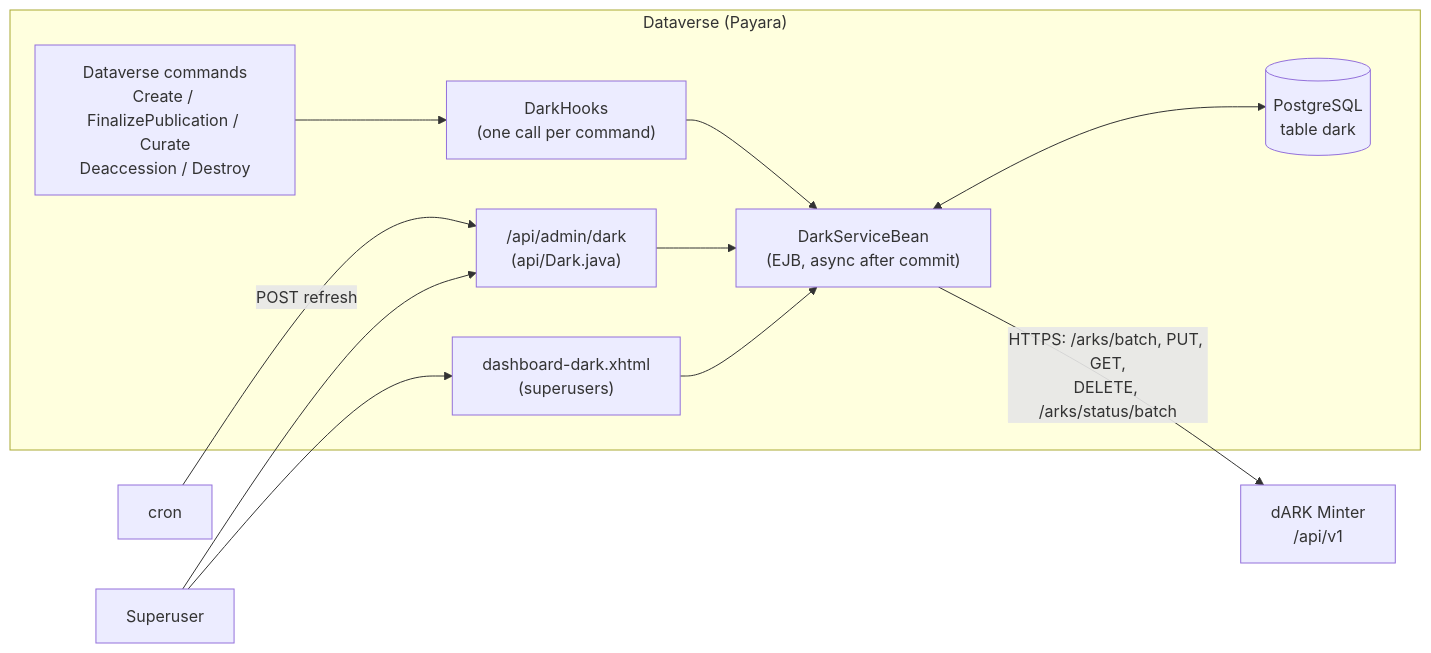
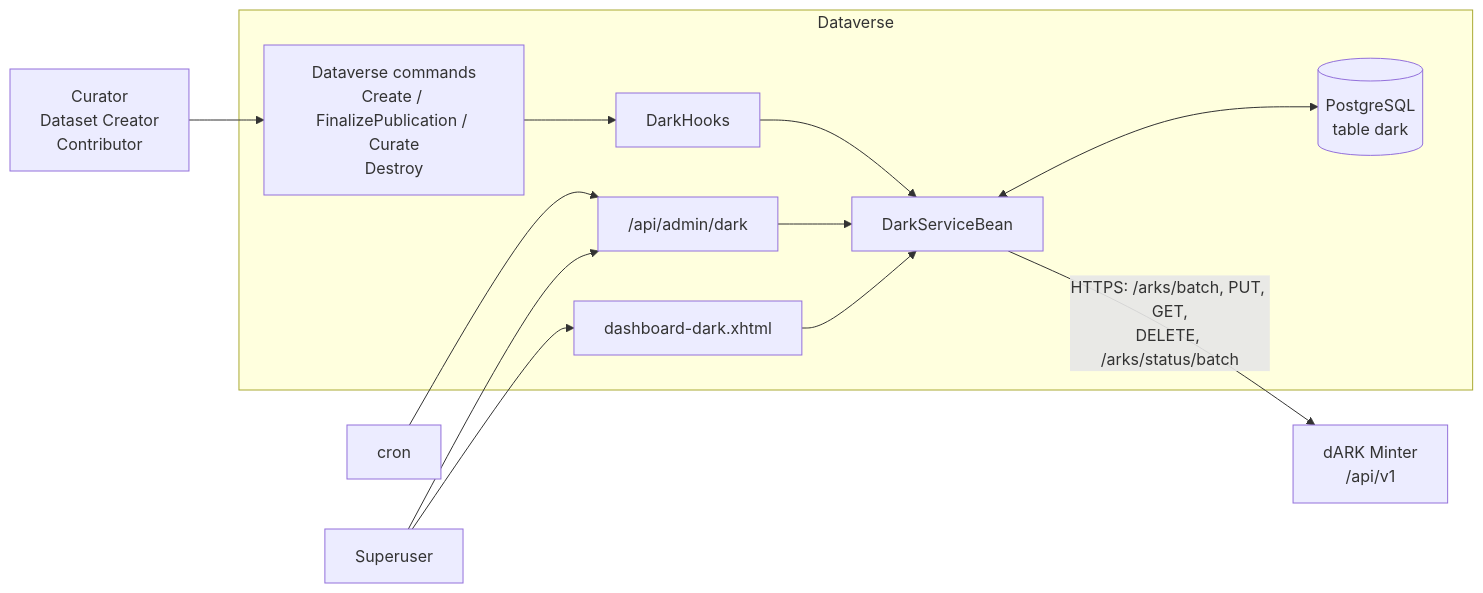
One commit to LA-Referencia-IOI/dataverse changed the first of 4 diagrams in doc/dark/implementation.md. Above: the diagram before and after it, drawn with Mermaid. The commit also changed other lines of this file and 38 other files, not shown here.

````diff
--- a/doc/dark/implementation.md
+++ b/doc/dark/implementation.md
@@ -15,19 +16,20 @@
 ```mermaid
 flowchart LR
-    subgraph Dataverse["Dataverse (Payara)"]
-        CMD["Dataverse commands<br/>Create / FinalizePublication / Curate<br/>Deaccession / Destroy"]
-        HOOKS["DarkHooks<br/>(one call per command)"]
-        SVC["DarkServiceBean<br/>(EJB, async after commit)"]
-        API["/api/admin/dark<br/>(api/Dark.java)"]
-        UI["dashboard-dark.xhtml<br/>(superusers)"]
+    subgraph Dataverse["Dataverse"]
+        CMD["Dataverse commands<br/>Create / FinalizePublication / Curate<br/>Destroy"]
+        HOOKS["DarkHooks"]
+        SVC["DarkServiceBean"]
+        API["/api/admin/dark"]
+        UI["dashboard-dark.xhtml"]
         DB[("PostgreSQL<br/>table dark")]
     end
-    CRON["cron"] -->|POST refresh| API
+    CRON["cron"] --> API
     ADMIN["Superuser"] --> API
+    User["Curator<br/>Dataset Creator<br/>Contributor"] --> CMD
     ADMIN --> UI
     CMD --> HOOKS --> SVC
     API --> SVC
     UI --> SVC
     SVC <--> DB
     SVC -->|"HTTPS: /arks/batch, PUT, GET,<br/>DELETE, /arks/status/batch"| MINTER["dARK Minter<br/>/api/v1"]
 ```
````
